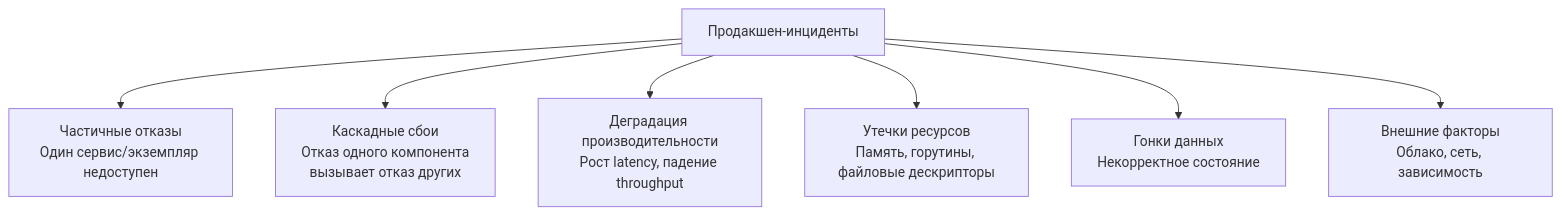
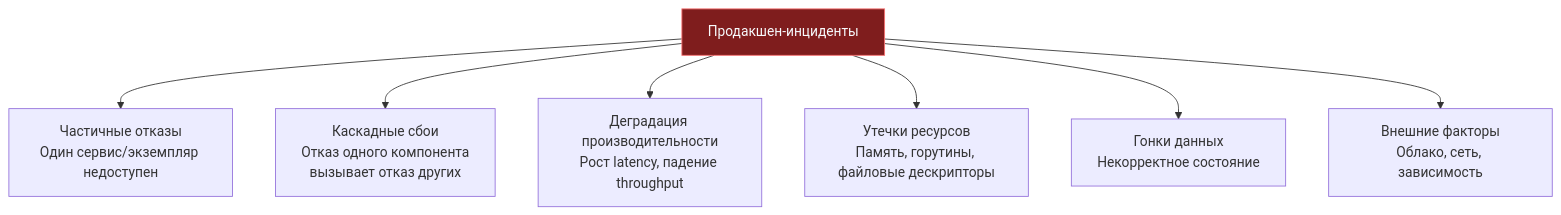
The first of 2 diagrams in sources/14. Распределенные системы на Go/08. Практика/9. Production incidents.md (UnrealTemplier/go-textbook), drawn with Mermaid before and after one commit. The commit also changed other lines of this file and 1666 other files, not shown here.

First line of the commit message:
feat(mermaid): add semantic color classDef to 1369 colorless flowchart/graph diagrams

````diff
--- a/sources/14. Распределенные системы на Go/08. Практика/9. Production incidents.md
+++ b/sources/14. Распределенные системы на Go/08. Практика/9. Production incidents.md
@@ -22,9 +22,19 @@
 ```mermaid
 flowchart TD
-    Incidents["Продакшен-инциденты"] --> Partial["Частичные отказы<br>Один сервис/экземпляр недоступен"]
+    classDef process  fill:#1e293b,stroke:#38bdf8,stroke-width:1px,color:#f8fafc
+    classDef success  fill:#064e3b,stroke:#34d399,stroke-width:1px,color:#f8fafc
+    classDef error    fill:#7f1d1d,stroke:#f87171,stroke-width:1px,color:#f8fafc
+    classDef warning  fill:#78350f,stroke:#fbbf24,stroke-width:1px,color:#f8fafc
+    classDef entry    fill:#1e3a5f,stroke:#38bdf8,stroke-width:2px,color:#f8fafc
+    classDef aux      fill:#334155,stroke:#64748b,stroke-width:1px,color:#f8fafc
+    classDef system   fill:#312e81,stroke:#a78bfa,stroke-width:1px,color:#f8fafc
+    classDef data     fill:#132d29,stroke:#2dd4bf,stroke-width:1px,color:#f8fafc
+    classDef network  fill:#881337,stroke:#fb7185,stroke-width:1px,color:#f8fafc
+    classDef accent   fill:#1e1b4b,stroke:#818cf8,stroke-width:1px,color:#f8fafc
+    Incidents["Продакшен-инциденты"]:::error --> Partial["Частичные отказы<br>Один сервис/экземпляр недоступен"]
     Incidents --> Cascade["Каскадные сбои<br>Отказ одного компонента<br>вызывает отказ других"]
     Incidents --> Perf["Деградация производительности<br>Рост latency, падение throughput"]
     Incidents --> Leaks["Утечки ресурсов<br>Память, горутины, файловые дескрипторы"]
     Incidents --> Races["Гонки данных<br>Некорректное состояние"]
     Incidents --> External["Внешние факторы<br>Облако, сеть, зависимость"]
 ```
````
